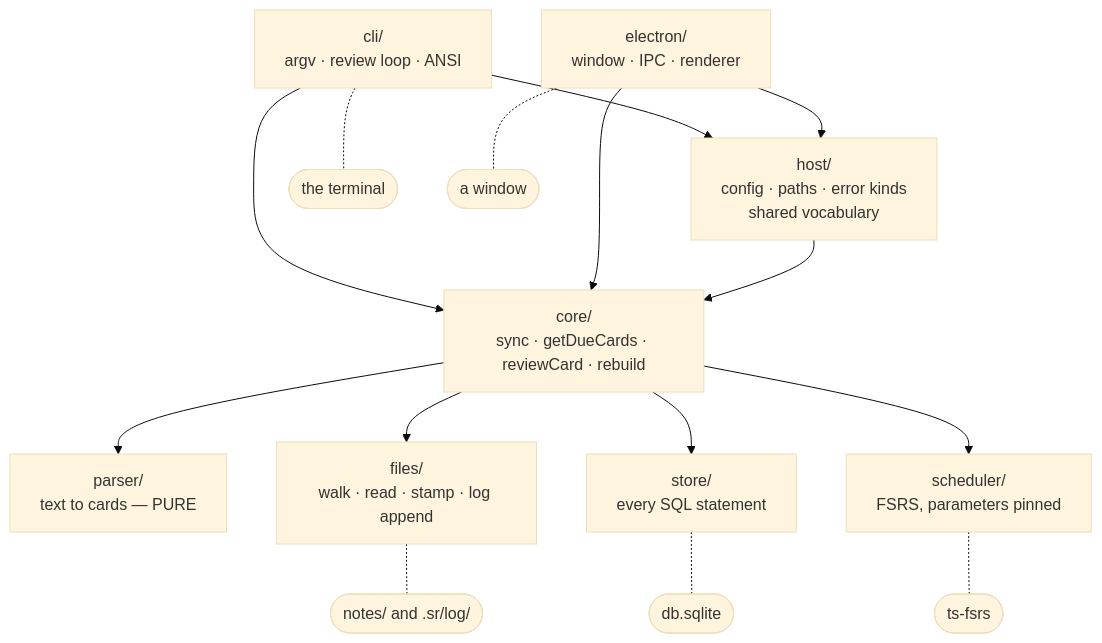
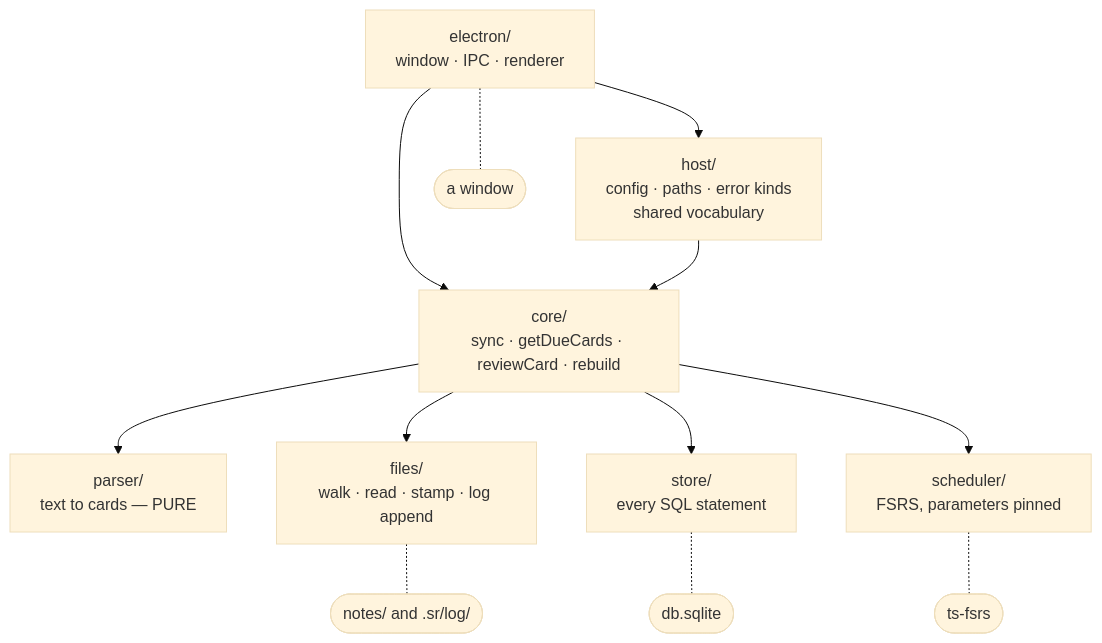
Before and after one commit to T1Fleming/GeodeMd: the diagram in docs/design/module-map.md, drawn with Mermaid (base theme). The commit also changed other lines of this file and 37 other files, not shown here.

````diff
--- a/docs/design/module-map.md
+++ b/docs/design/module-map.md
@@ -7,33 +7,28 @@
 ```mermaid
 flowchart TD
-    cli["cli/<br/>argv · review loop · ANSI"]
     electron["electron/<br/>window · IPC · renderer"]
     host["host/<br/>config · paths · error kinds<br/>shared vocabulary"]
     core["core/<br/>sync · getDueCards · reviewCard · rebuild"]
     parser["parser/<br/>text to cards — PURE"]
     files["files/<br/>walk · read · stamp · log append"]
     store["store/<br/>every SQL statement"]
     sched["scheduler/<br/>FSRS, parameters pinned"]
 
-    term(["the terminal"])
     gui(["a window"])
     disk(["notes/ and .sr/log/"])
     sqlite(["db.sqlite"])
     tsfsrs(["ts-fsrs"])
 
-    cli --> host
     electron --> host
-    cli --> core
     electron --> core
     host --> core
     core --> parser
     core --> files
     core --> store
     core --> sched
 
-    cli -.- term
     electron -.- gui
     files -.- disk
     store -.- sqlite
     sched -.- tsfsrs
 ```
````
